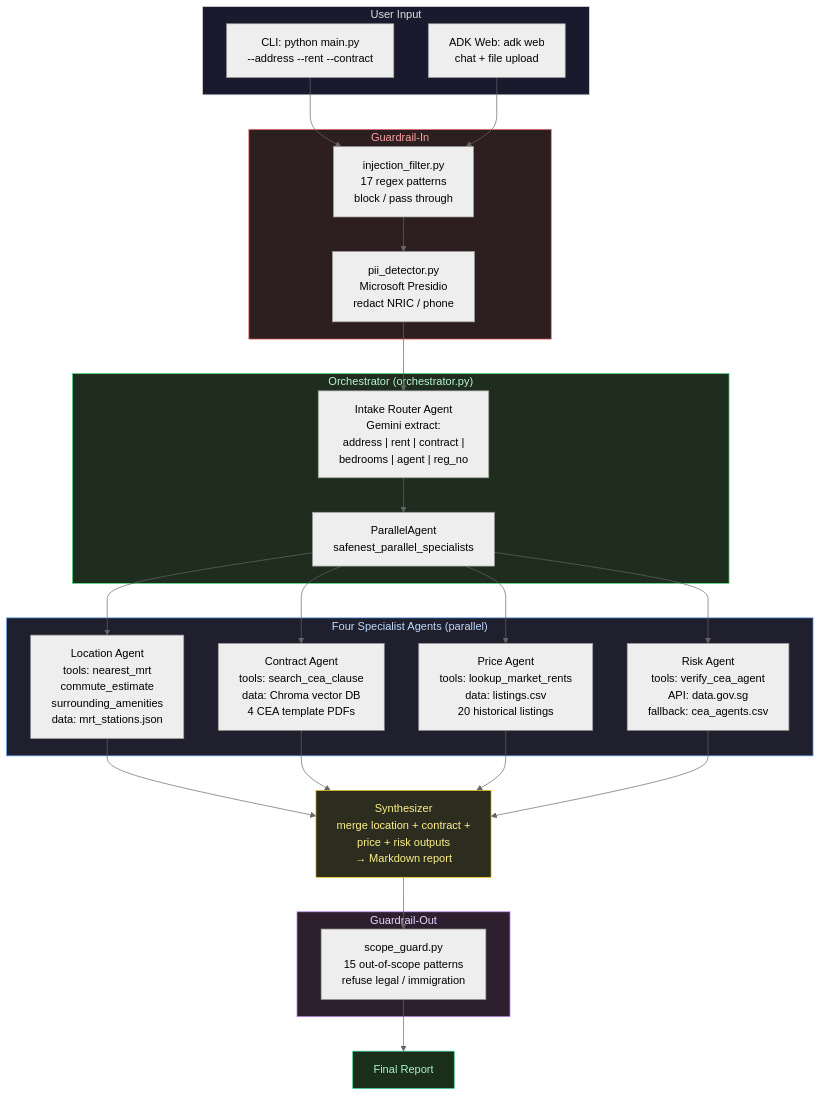
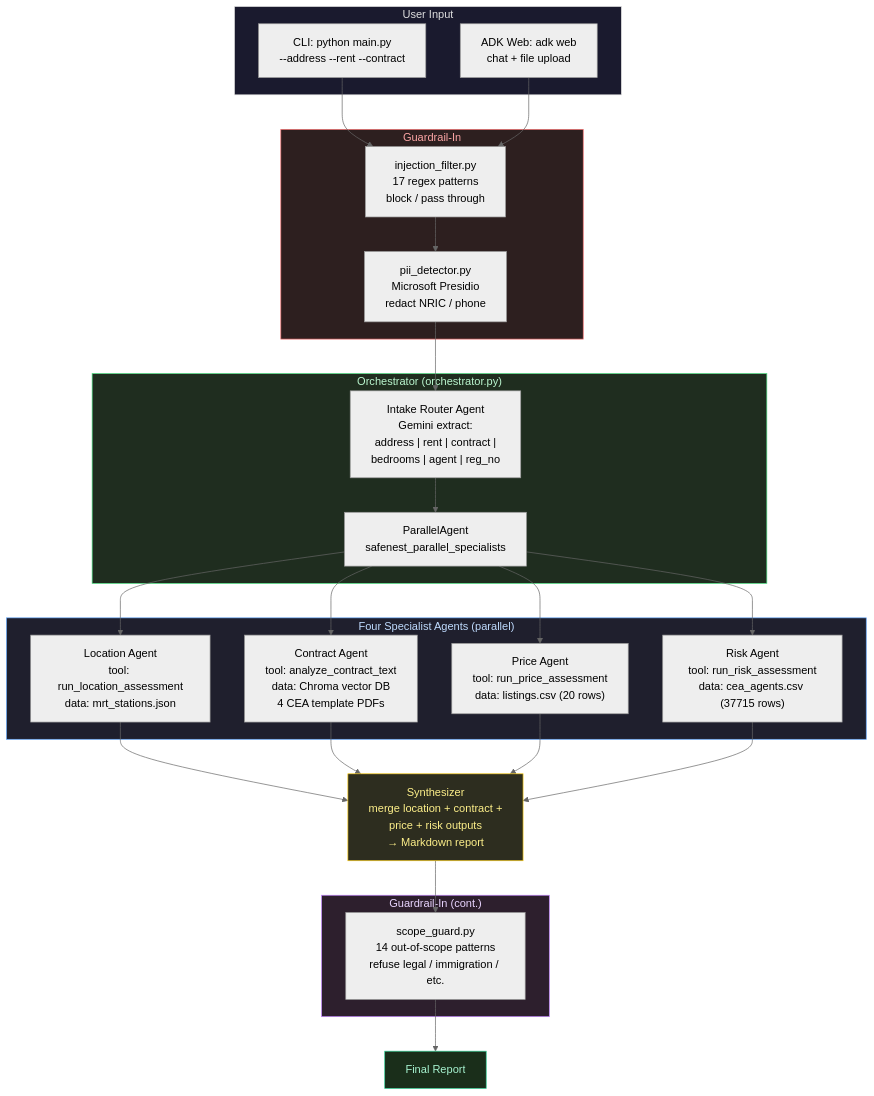
Before and after one commit to fengyaontu-creator/6123safenest: the diagram in docs/architecture.md, drawn with Mermaid (neutral theme). The commit also changed other lines of this file and 9 other files, not shown here.

````diff
--- a/docs/architecture.md
+++ b/docs/architecture.md
@@ -10,56 +10,56 @@
 ```mermaid
 graph TB
     subgraph INPUT["User Input"]
         CLI["CLI: python main.py<br/>--address --rent --contract"]
         WEB["ADK Web: adk web<br/>chat + file upload"]
     end
 
     subgraph GR_IN["Guardrail-In"]
         INJ["injection_filter.py<br/>17 regex patterns<br/>block / pass through"]
         PII["pii_detector.py<br/>Microsoft Presidio<br/>redact NRIC / phone"]
     end
 
     subgraph ORCH["Orchestrator (orchestrator.py)"]
         INTAKE["Intake Router Agent<br/>Gemini extract:<br/>address | rent | contract |<br/>bedrooms | agent | reg_no"]
         PARALLEL["ParallelAgent<br/>safenest_parallel_specialists"]
     end
 
     subgraph FOUR["Four Specialist Agents (parallel)"]
-        LOC["Location Agent<br/>tools: nearest_mrt<br/>commute_estimate<br/>surrounding_amenities<br/>data: mrt_stations.json"]
-        CON["Contract Agent<br/>tools: search_cea_clause<br/>data: Chroma vector DB<br/>4 CEA template PDFs"]
-        PRI["Price Agent<br/>tools: lookup_market_rents<br/>data: listings.csv<br/>20 historical listings"]
-        RSK["Risk Agent<br/>tools: verify_cea_agent<br/>API: data.gov.sg<br/>fallback: cea_agents.csv"]
+        LOC["Location Agent<br/>tool: run_location_assessment<br/>data: mrt_stations.json"]
+        CON["Contract Agent<br/>tool: analyze_contract_text<br/>data: Chroma vector DB<br/>4 CEA template PDFs"]
+        PRI["Price Agent<br/>tool: run_price_assessment<br/>data: listings.csv (20 rows)"]
+        RSK["Risk Agent<br/>tool: run_risk_assessment<br/>data: cea_agents.csv (37715 rows)"]
     end
 
     SYNTH["Synthesizer<br/>merge location + contract +<br/>price + risk outputs<br/>→ Markdown report"]
 
-    subgraph GR_OUT["Guardrail-Out"]
-        SCOPE["scope_guard.py<br/>15 out-of-scope patterns<br/>refuse legal / immigration"]
+    subgraph GR_OUT["Guardrail-In (cont.)"]
+        SCOPE["scope_guard.py<br/>14 out-of-scope patterns<br/>refuse legal / immigration / etc."]
     end
 
     REPORT["Final Report"]
 
     CLI --> INJ
     WEB --> INJ
     INJ --> PII
     PII --> INTAKE
     INTAKE --> PARALLEL
     PARALLEL --> LOC
     PARALLEL --> CON
     PARALLEL --> PRI
     PARALLEL --> RSK
     LOC --> SYNTH
     CON --> SYNTH
     PRI --> SYNTH
     RSK --> SYNTH
     SYNTH --> SCOPE
     SCOPE --> REPORT
 
     style INPUT fill:#1a1a2e,stroke:#e0e0e0,color:#e0e0e0
     style GR_IN fill:#2d1f1f,stroke:#f87171,color:#fca5a5
     style ORCH fill:#1f2d1f,stroke:#4ade80,color:#bbf7d0
     style FOUR fill:#1f1f2d,stroke:#60a5fa,color:#bfdbfe
     style SYNTH fill:#2d2d1f,stroke:#facc15,color:#fef08a
     style GR_OUT fill:#2d1f2d,stroke:#c084fc,color:#e9d5ff
     style REPORT fill:#1a2e1a,stroke:#34d399,color:#a7f3d0
 ```
````
